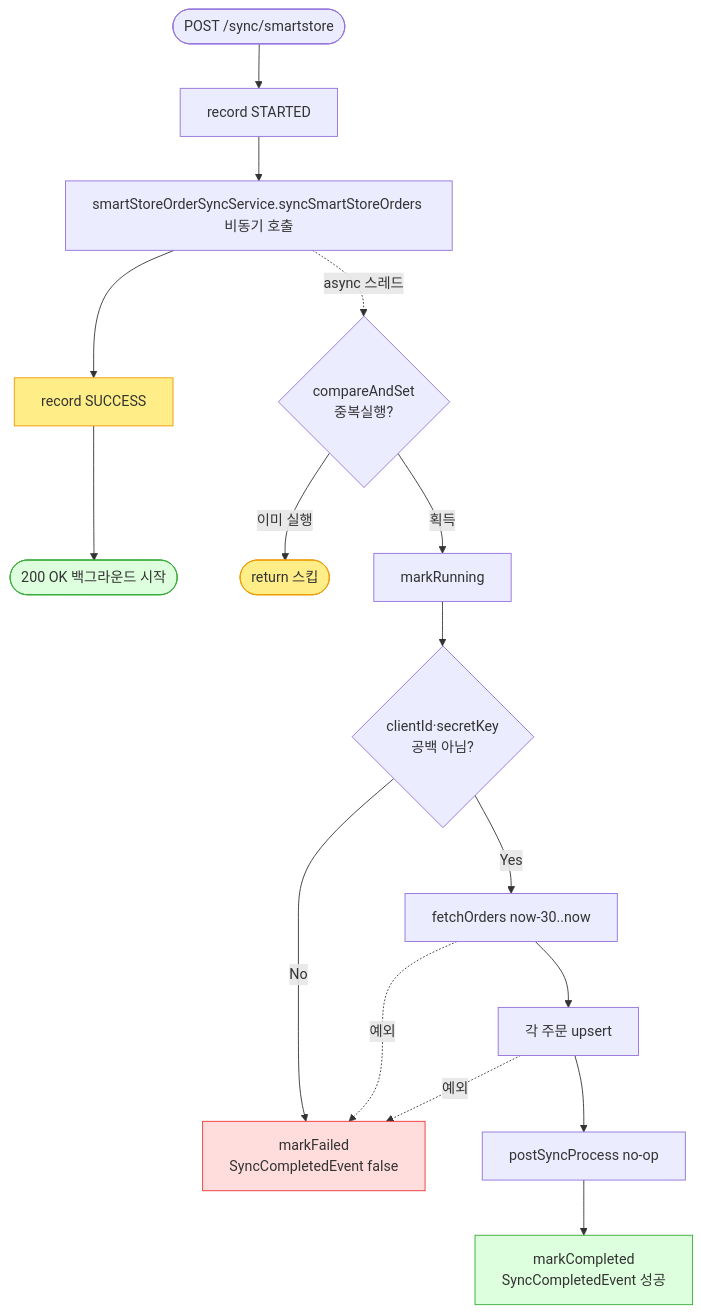
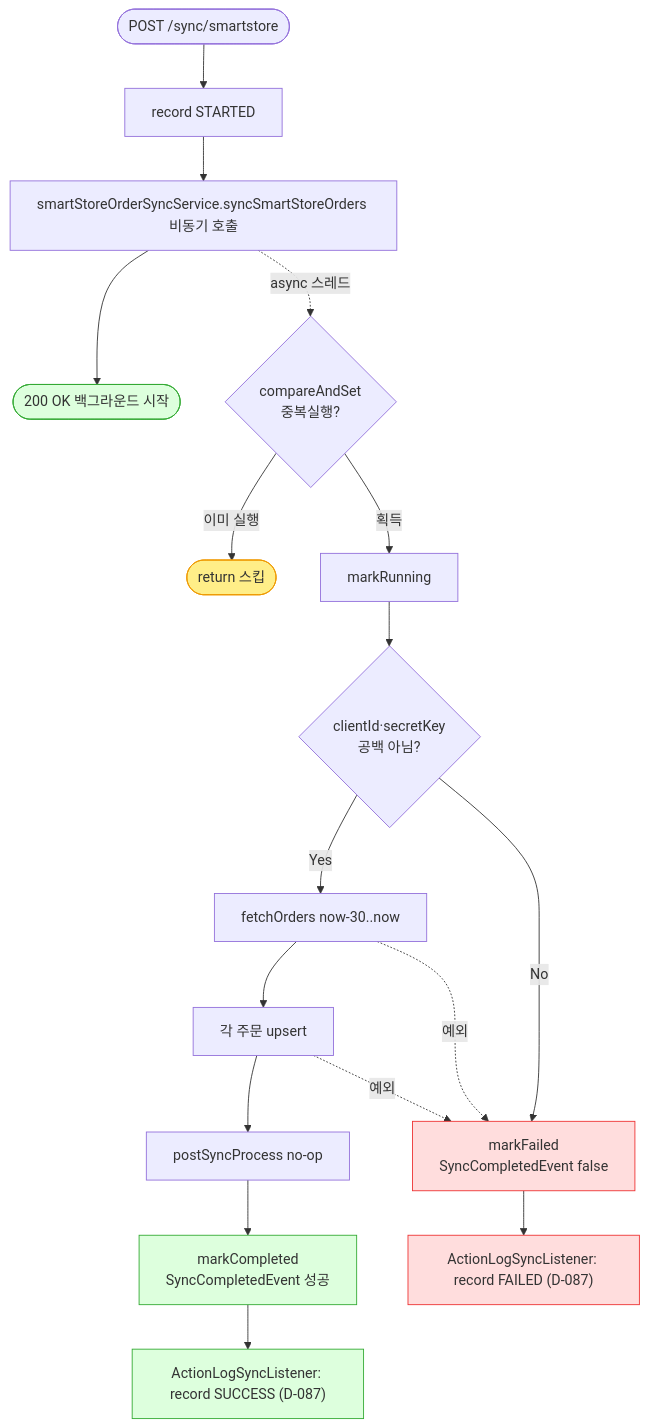
One commit to goottjason/sbshop-agent changed the third of 3 diagrams in docs/api-analysis-2nd/order-sync/sync-smartstore.md. Above: the diagram before and after it, drawn with Mermaid. The commit also changed other lines of this file and 5 other files, not shown here.

````diff
--- a/docs/api-analysis-2nd/order-sync/sync-smartstore.md
+++ b/docs/api-analysis-2nd/order-sync/sync-smartstore.md
@@ -123,24 +126,25 @@
 ```mermaid
 flowchart TD
     START([POST /sync/smartstore]) --> LOGS[record STARTED]
     LOGS --> TRIG[smartStoreOrderSyncService.syncSmartStoreOrders 비동기 호출]
-    TRIG --> LOGOK[record SUCCESS]:::warn
-    LOGOK --> OK200([200 OK 백그라운드 시작]):::ok
+    TRIG --> OK200([200 OK 백그라운드 시작]):::ok
 
     TRIG -. async 스레드 .-> G{compareAndSet<br/>중복실행?}
     G -- 이미 실행 --> SKIP([return 스킵]):::warn
     G -- 획득 --> RUN[markRunning]
     RUN --> CRED{clientId·secretKey<br/>공백 아님?}
     CRED -- No --> FAIL[markFailed<br/>SyncCompletedEvent false]:::err
     CRED -- Yes --> FETCH[fetchOrders now-30..now]
     FETCH --> LOOP[각 주문 upsert]
     LOOP --> NOP[postSyncProcess no-op]
     NOP --> DONE[markCompleted<br/>SyncCompletedEvent 성공]:::ok2
     FETCH -. 예외 .-> FAIL
     LOOP -. 예외 .-> FAIL
+    DONE --> LOGOK["ActionLogSyncListener: record SUCCESS (D-087)"]:::ok2
+    FAIL --> LOGNG["ActionLogSyncListener: record FAILED (D-087)"]:::err
 
     classDef ok fill:#dfd,stroke:#3a3;
     classDef ok2 fill:#dfd,stroke:#3a3;
     classDef warn fill:#fe8,stroke:#e90;
     classDef err fill:#fdd,stroke:#e33;
 ```
````
